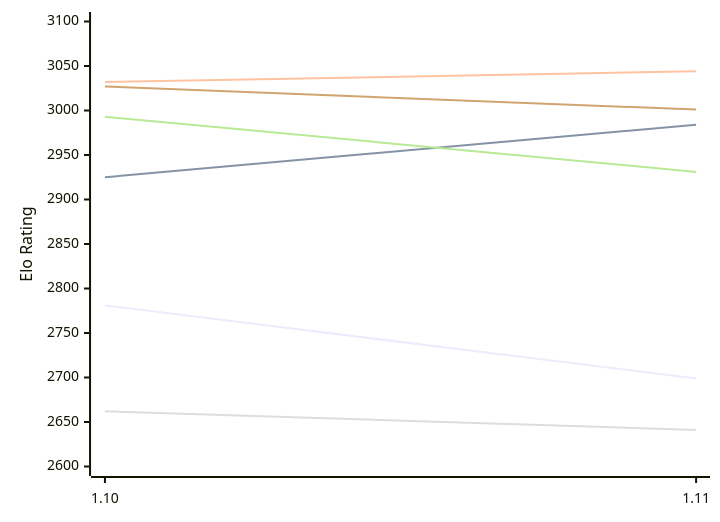
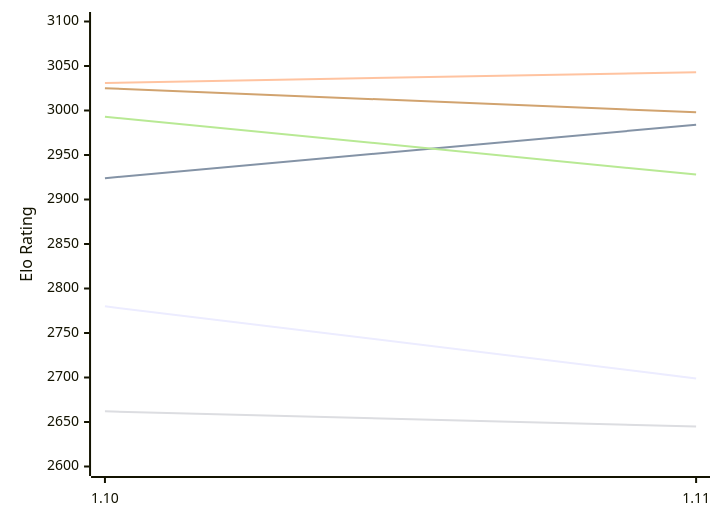
Before and after one commit to computer-chess-index/cci: the first of 2 diagrams in engines/Roc.md, drawn with Mermaid. The commit also changed other lines of this file, not shown here.

Commit message:
Update CCI Ratings (ELO VLTC) - 2026-11-19

````diff
--- a/engines/Roc.md
+++ b/engines/Roc.md
@@ -50,12 +50,12 @@
 ```mermaid
 %%{init: {"theme":"base","themeVariables":{"seriesColors:['#a3a3a3','#222221','#faa371']}}}%%
 xychart-beta
   x-axis ["1.10", "1.11"]
   y-axis "Elo Rating" 2600 --> 3100
-  line "E1: STC (8.0+0.08s)" [2781, 2699]
-  line "E1: LTC (60.0+0.60s)" [2925, 2984]
-  line "E1: VLTC (2m24s+1.12s)" [3032, 3044]
-  line "P1: STC (8.0+0.08s)" [2662, 2641]
-  line "P1: LTC (60.0+0.60s)" [2993, 2931]
-  line "P1: VLTC (2m24s+1.12s)" [3027, 3001]
+  line "E1: STC (8.0+0.08s)" [2780, 2699]
+  line "E1: LTC (60.0+0.60s)" [2924, 2984]
+  line "E1: VLTC (2m24s+1.12s)" [3031, 3043]
+  line "P1: STC (8.0+0.08s)" [2662, 2645]
+  line "P1: LTC (60.0+0.60s)" [2993, 2928]
+  line "P1: VLTC (2m24s+1.12s)" [3025, 2998]
 ```
````
